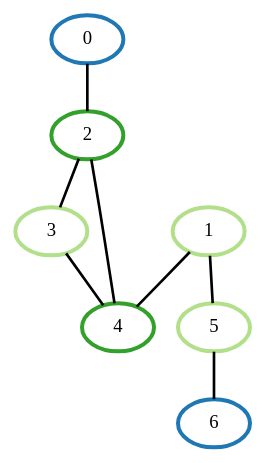
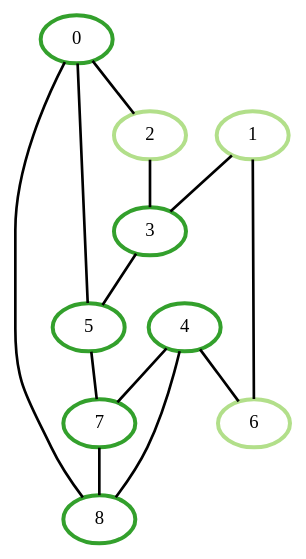
The diagram in GI/Results/colorful_1.dot (RobvEmous/Mod7Group2), drawn with Graphviz before and after one commit. The commit also changed 11 other files, not shown here.

```diff
--- a/GI/Results/colorful_1.dot
+++ b/GI/Results/colorful_1.dot
@@ -1,17 +1,24 @@
 graph G {
-    0 [penwidth=3,color=2, colorscheme=paired12]
+    0 [penwidth=3,color=4, colorscheme=paired12]
     1 [penwidth=3,color=3, colorscheme=paired12]
-    2 [penwidth=3,color=4, colorscheme=paired12]
-    3 [penwidth=3,color=3, colorscheme=paired12]
+    2 [penwidth=3,color=3, colorscheme=paired12]
+    3 [penwidth=3,color=4, colorscheme=paired12]
     4 [penwidth=3,color=4, colorscheme=paired12]
-    5 [penwidth=3,color=3, colorscheme=paired12]
-    6 [penwidth=3,color=2, colorscheme=paired12]
+    5 [penwidth=3,color=4, colorscheme=paired12]
+    6 [penwidth=3,color=3, colorscheme=paired12]
+    7 [penwidth=3,color=4, colorscheme=paired12]
+    8 [penwidth=3,color=4, colorscheme=paired12]
 
+    7--8 [penwidth=2]
+    1--6 [penwidth=2]
+    4--6 [penwidth=2]
+    0--8 [penwidth=2]
+    3--5 [penwidth=2]
+    5--7 [penwidth=2]
+    0--5 [penwidth=2]
+    4--8 [penwidth=2]
+    2--3 [penwidth=2]
     0--2 [penwidth=2]
-    2--3 [penwidth=2]
-    2--4 [penwidth=2]
-    3--4 [penwidth=2]
-    1--4 [penwidth=2]
-    1--5 [penwidth=2]
-    5--6 [penwidth=2]
+    1--3 [penwidth=2]
+    4--7 [penwidth=2]
 }
```
